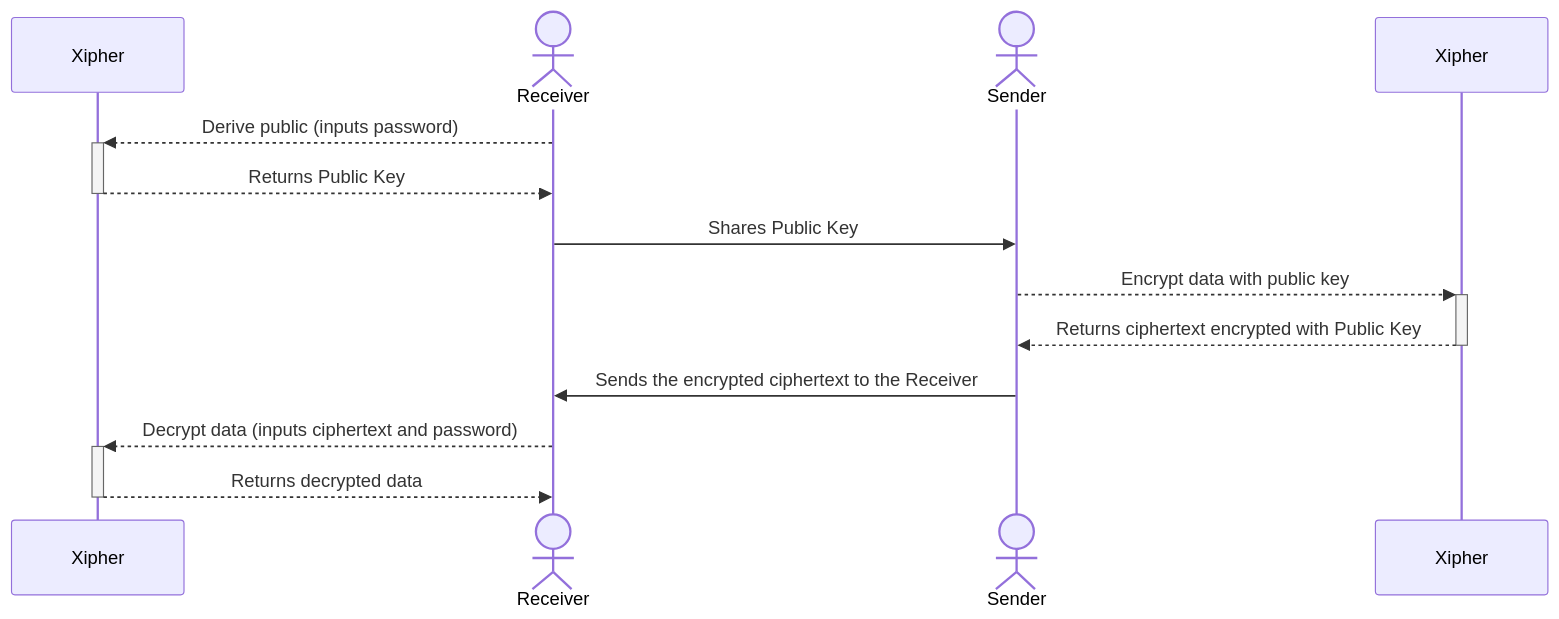
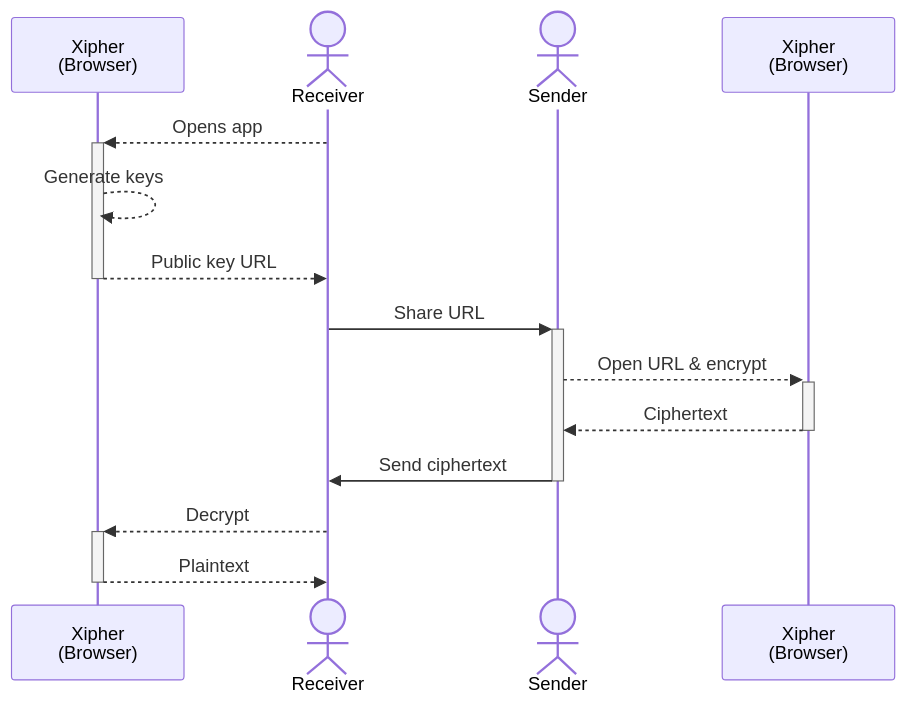
Before and after one commit to shibme/xipher: the diagram in README.md, drawn with Mermaid. The commit also changed other lines of this file and 9 other files, not shown here.

````diff
--- a/README.md
+++ b/README.md
@@ -215,15 +118,16 @@
 ```mermaid
 sequenceDiagram
-participant RX as Xipher
-actor Receiver
-actor Sender
-participant SX as Xipher
-    Receiver-->>+RX: Derive public (inputs password)
-    RX-->>-Receiver: Returns Public Key
-    Receiver->>Sender: Shares Public Key
-    Sender-->>+SX: Encrypt data with public key
-    SX-->>-Sender: Returns ciphertext encrypted with Public Key
-    Sender->>Receiver: Sends the encrypted ciphertext to the Receiver
-    Receiver-->>+RX: Decrypt data (inputs ciphertext and password)
-    RX-->>-Receiver: Returns decrypted data
+participant RX as Xipher<br>(Browser)
+actor R as Receiver
+actor S as Sender
+participant SX as Xipher<br>(Browser)
+    R-->>+RX: Opens app
+    RX-->>RX: Generate keys
+    RX-->>-R: Public key URL
+    R->>+S: Share URL
+    S-->>+SX: Open URL & encrypt
+    SX-->>-S: Ciphertext
+    S->>-R: Send ciphertext
+    R-->>+RX: Decrypt
+    RX-->>-R: Plaintext
 ```
````
